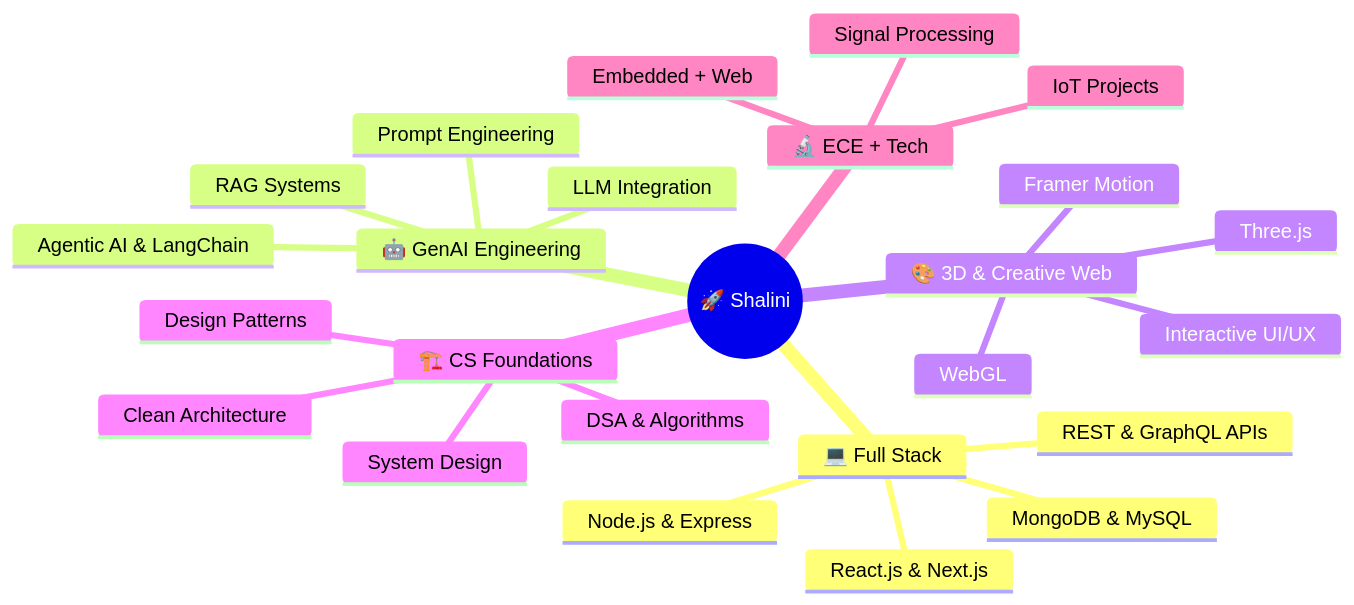
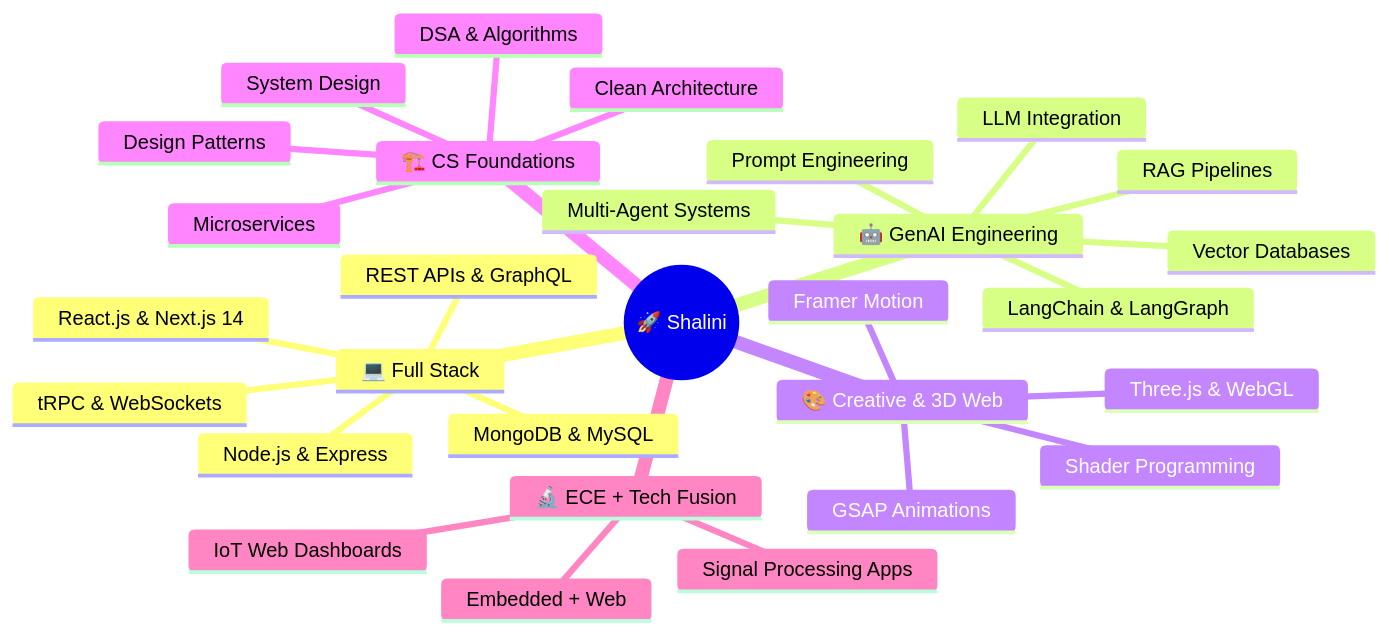
The diagram in README.md (Shalini-chaurasiya/Shalini-chaurasiya), drawn with Mermaid before and after one commit. The commit also changed other lines of this file, not shown here.

````diff
--- a/README.md
+++ b/README.md
@@ -253,28 +313,32 @@
 ```mermaid
 mindmap
   root((🚀 Shalini))
     💻 Full Stack
-      React.js & Next.js
+      React.js & Next.js 14
       Node.js & Express
       MongoDB & MySQL
-      REST & GraphQL APIs
+      REST APIs & GraphQL
+      tRPC & WebSockets
     🤖 GenAI Engineering
       LLM Integration
-      Agentic AI & LangChain
-      RAG Systems
+      LangChain & LangGraph
+      RAG Pipelines
       Prompt Engineering
-    🎨 3D & Creative Web
-      Three.js
-      WebGL
+      Vector Databases
+      Multi-Agent Systems
+    🎨 Creative & 3D Web
+      Three.js & WebGL
       Framer Motion
-      Interactive UI/UX
+      GSAP Animations
+      Shader Programming
     🏗️ CS Foundations
       DSA & Algorithms
       System Design
+      Design Patterns
       Clean Architecture
-      Design Patterns
-    🔬 ECE + Tech
-      IoT Projects
+      Microservices
+    🔬 ECE + Tech Fusion
+      IoT Web Dashboards
       Embedded + Web
-      Signal Processing
+      Signal Processing Apps
 ```
````
